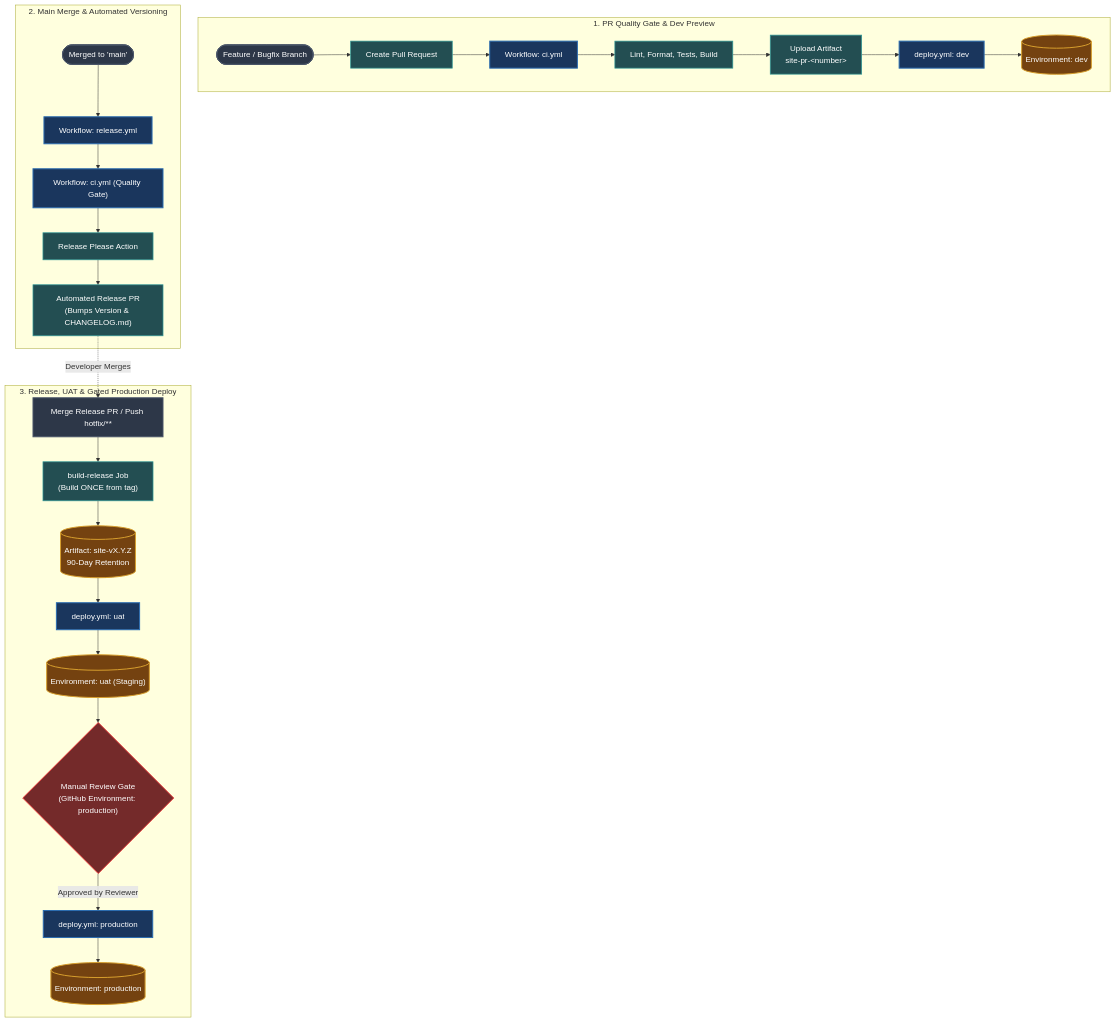
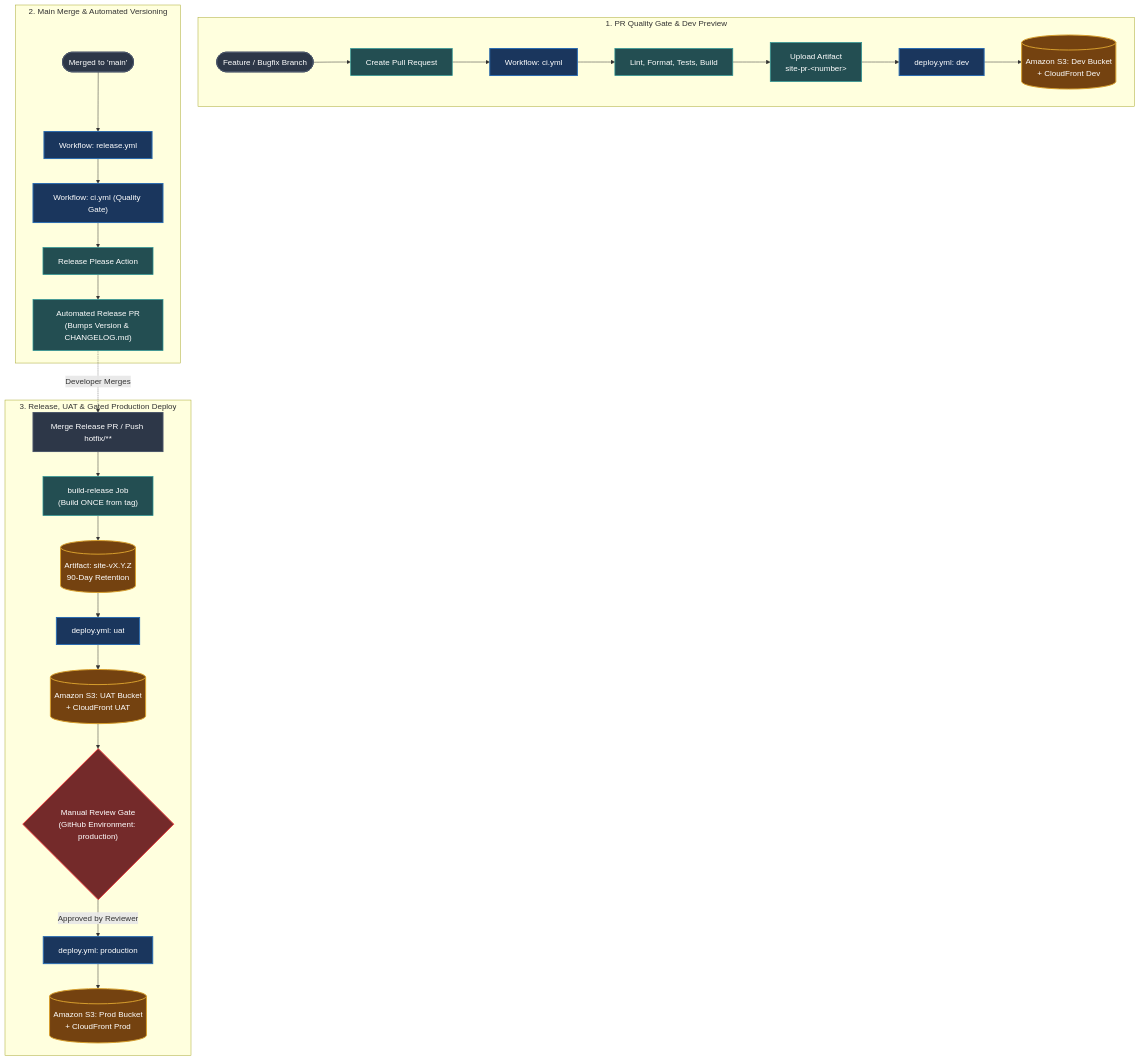
One commit to suryaprakash-gng/vite-cicd-playground changed the diagram in .github/README.MD. Above: the diagram before and after it, drawn with Mermaid. The commit also changed other lines of this file and 5 other files, not shown here.

Commit message:
feat(deploy): switch deployment target to Amazon S3 with AWS OIDC and add Draw.io architecture diagram

````diff
--- a/.github/README.MD
+++ b/.github/README.MD
@@ -9,49 +11,49 @@
 ```mermaid
 flowchart TD
     classDef branch fill:#2d3748,stroke:#4a5568,stroke-width:2px,color:#fff
     classDef workflow fill:#1a365d,stroke:#2b6cb0,stroke-width:2px,color:#fff
     classDef step fill:#234e52,stroke:#319795,stroke-width:1.5px,color:#fff
     classDef env fill:#744210,stroke:#d69e2e,stroke-width:2px,color:#fff
     classDef gate fill:#742a2a,stroke:#e53e3e,stroke-width:2px,color:#fff
 
     subgraph Phase1["1. PR Quality Gate & Dev Preview"]
         DevBranch(["Feature / Bugfix Branch"]):::branch
         PR["Create Pull Request"]:::step
         CIWorkflow["Workflow: ci.yml"]:::workflow
         LintCheck["Lint, Format, Tests, Build"]:::step
         UploadDev["Upload Artifact\nsite-pr-&lt;number&gt;"]:::step
         DeployDev["deploy.yml: dev"]:::workflow
-        DevEnv[("Environment: dev")]:::env
+        DevEnv[("Amazon S3: Dev Bucket\n+ CloudFront Dev")]:::env
 
         DevBranch --> PR --> CIWorkflow
         CIWorkflow --> LintCheck --> UploadDev --> DeployDev --> DevEnv
     end
 
     subgraph Phase2["2. Main Merge & Automated Versioning"]
         MainBranch(["Merged to 'main'"]):::branch
         ReleaseWorkflow["Workflow: release.yml"]:::workflow
         CIOnMain["Workflow: ci.yml (Quality Gate)"]:::workflow
         ReleasePlease["Release Please Action"]:::step
         ReleasePR["Automated Release PR\n(Bumps Version & CHANGELOG.md)"]:::step
 
         MainBranch --> ReleaseWorkflow
         ReleaseWorkflow --> CIOnMain --> ReleasePlease --> ReleasePR
     end
 
     subgraph Phase3["3. Release, UAT & Gated Production Deploy"]
         MergeRelease["Merge Release PR / Push hotfix/**"]:::branch
         BuildRelease["build-release Job\n(Build ONCE from tag)"]:::step
         ReleaseArtifact[("Artifact: site-vX.Y.Z\n90-Day Retention")]:::env
         DeployUAT["deploy.yml: uat"]:::workflow
-        UATEnv[("Environment: uat (Staging)")]:::env
+        UATEnv[("Amazon S3: UAT Bucket\n+ CloudFront UAT")]:::env
         ApprovalGate{"Manual Review Gate\n(GitHub Environment: production)"}:::gate
         DeployProd["deploy.yml: production"]:::workflow
-        ProdEnv[("Environment: production")]:::env
+        ProdEnv[("Amazon S3: Prod Bucket\n+ CloudFront Prod")]:::env
 
         ReleasePR -. "Developer Merges" .-> MergeRelease
         MergeRelease --> BuildRelease --> ReleaseArtifact
         ReleaseArtifact --> DeployUAT --> UATEnv
         UATEnv --> ApprovalGate
         ApprovalGate -- "Approved by Reviewer" --> DeployProd --> ProdEnv
     end
 ```
````
